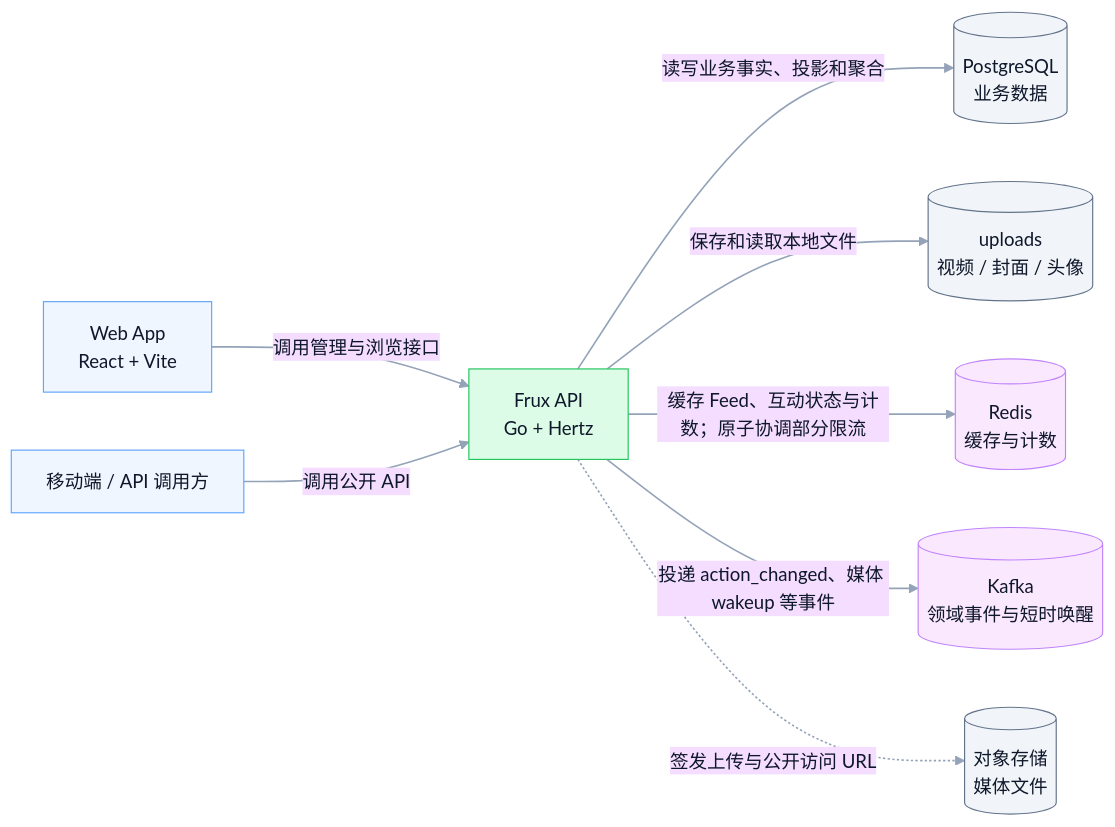
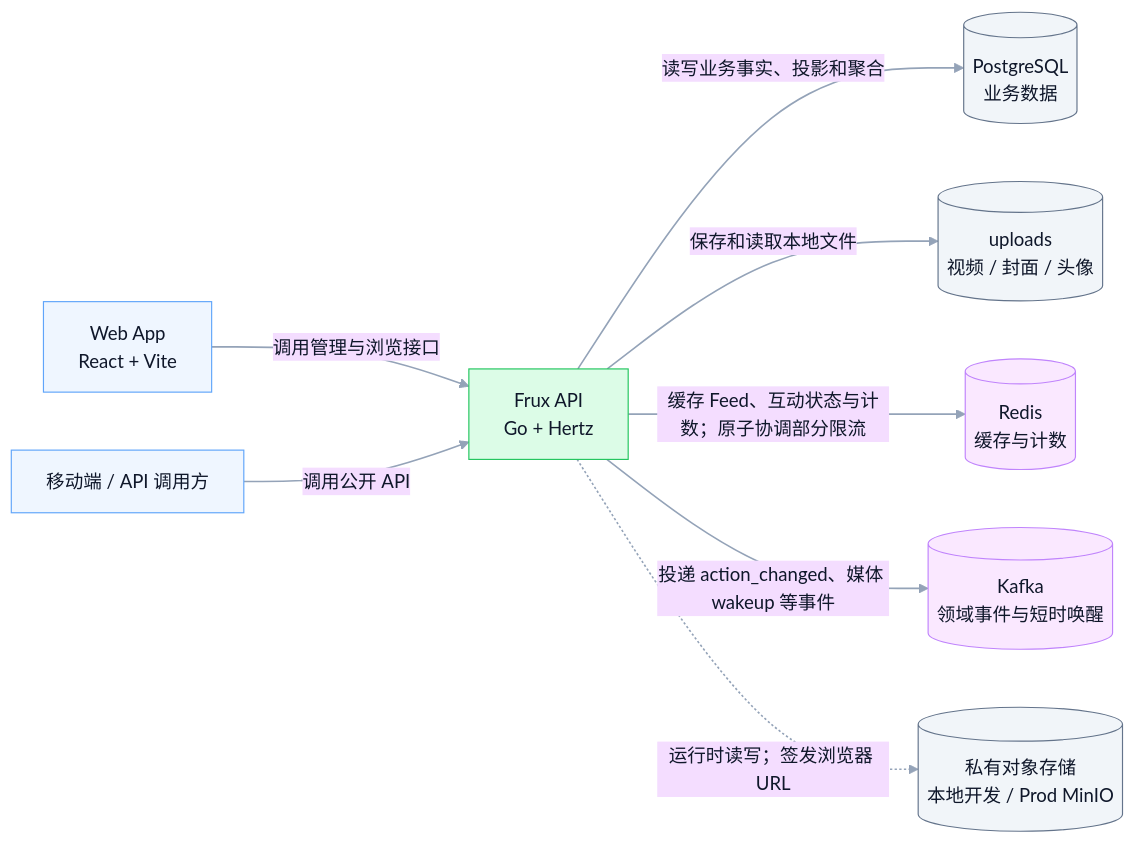
Before and after one commit to shiyudesu/frux: the first of 12 diagrams in docs/architecture.md, drawn with Mermaid. The commit also changed other lines of this file and 33 other files, not shown here.

Commit message:
deploy prod with MinIO on NAT hosts

````diff
--- a/docs/architecture.md
+++ b/docs/architecture.md
@@ -9,44 +9,44 @@
 ```mermaid
 ---
 config:
   theme: base
   layout: dagre
   themeVariables:
     background: transparent
     fontFamily: Inter, PingFang SC, Microsoft YaHei, Arial
     primaryTextColor: "#0F172A"
     lineColor: "#94A3B8"
     clusterBkg: "#F8FAFC"
     clusterBorder: "#CBD5E1"
 ---
 flowchart LR
   %% Frux MVP system context
   classDef client fill:#EFF6FF,stroke:#60A5FA,color:#0F172A,stroke-width:1px;
   classDef system fill:#DCFCE7,stroke:#22C55E,color:#0F172A,stroke-width:1px;
   classDef store fill:#F1F5F9,stroke:#64748B,color:#0F172A,stroke-width:1px;
   classDef service fill:#FAE8FF,stroke:#C084FC,color:#0F172A,stroke-width:1px;
   classDef future fill:#FFFFFF,stroke:#94A3B8,color:#475569,stroke-width:1px,stroke-dasharray:5 5;
 
   Web["Web App<br/>React + Vite"]
   Client["移动端 / API 调用方"]
   API["Frux API<br/>Go + Hertz"]
   PostgreSQL[("PostgreSQL<br/>业务数据")]
   Uploads[("uploads<br/>视频 / 封面 / 头像")]
   Redis[("Redis<br/>缓存与计数")]
   Kafka[("Kafka<br/>领域事件与短时唤醒")]
-  ObjectStorage[("对象存储<br/>媒体文件")]
+  ObjectStorage[("私有对象存储<br/>本地开发 / Prod MinIO")]
 
   Web -->|"调用管理与浏览接口"| API
   Client -->|"调用公开 API"| API
   API -->|"读写业务事实、投影和聚合"| PostgreSQL
   API -->|"保存和读取本地文件"| Uploads
   API -->|"缓存 Feed、互动状态与计数；原子协调部分限流"| Redis
   API -->|"投递 action_changed、媒体 wakeup 等事件"| Kafka
-  API -.->|"签发上传与公开访问 URL"| ObjectStorage
+  API -.->|"运行时读写；签发浏览器 URL"| ObjectStorage
 
   class Web,Client client;
   class API system;
   class PostgreSQL,Uploads,ObjectStorage store;
   class Redis,Kafka service;
   linkStyle default stroke:#94A3B8,stroke-width:1.4px
 ```
````
